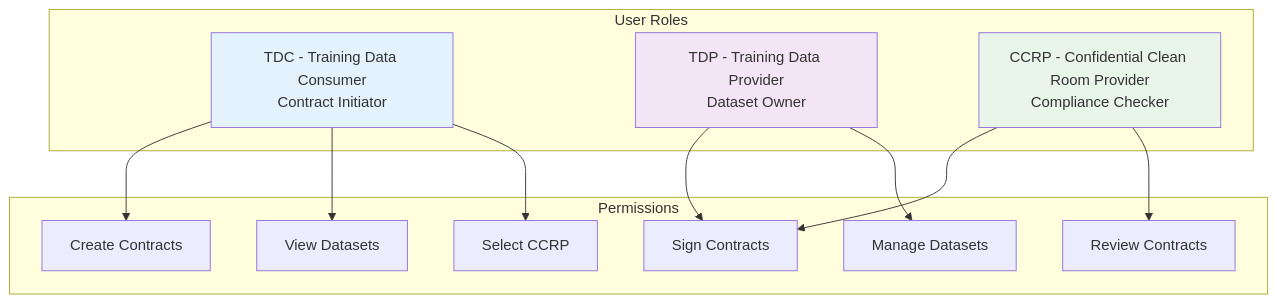
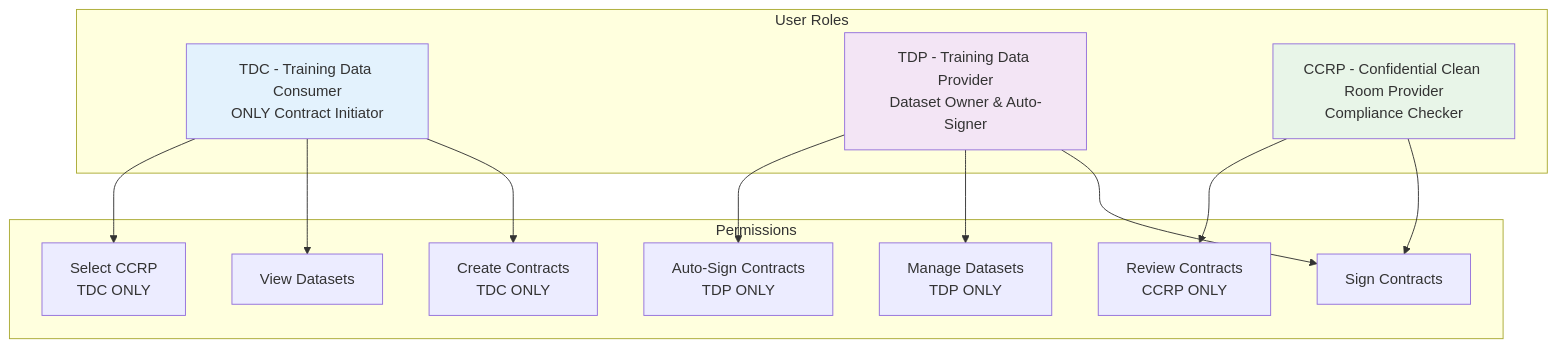
One commit to gitmujoshi/Confidential-AI-Network changed the second of 5 diagrams in USER_GUIDE.md. Above: the diagram before and after it, drawn with Mermaid. The commit also changed other lines of this file and 5 other files, not shown here.

````diff
--- a/USER_GUIDE.md
+++ b/USER_GUIDE.md
@@ -104,29 +103,31 @@
 ```mermaid
 graph TD
     subgraph "User Roles"
-        TDC[TDC - Training Data Consumer<br/>Contract Initiator]
-        TDP[TDP - Training Data Provider<br/>Dataset Owner]
+        TDC[TDC - Training Data Consumer<br/>ONLY Contract Initiator]
+        TDP[TDP - Training Data Provider<br/>Dataset Owner & Auto-Signer]
         CCRP[CCRP - Confidential Clean Room Provider<br/>Compliance Checker]
     end
     
     subgraph "Permissions"
-        P1[Create Contracts]
+        P1[Create Contracts<br/>TDC ONLY]
         P2[Sign Contracts]
         P3[View Datasets]
-        P4[Manage Datasets]
-        P5[Select CCRP]
-        P6[Review Contracts]
+        P4[Manage Datasets<br/>TDP ONLY]
+        P5[Select CCRP<br/>TDC ONLY]
+        P6[Review Contracts<br/>CCRP ONLY]
+        P7[Auto-Sign Contracts<br/>TDP ONLY]
     end
     
     TDC --> P1
     TDC --> P3
     TDC --> P5
     TDP --> P2
     TDP --> P4
+    TDP --> P7
     CCRP --> P2
     CCRP --> P6
     
     style TDC fill:#e3f2fd
     style TDP fill:#f3e5f5
     style CCRP fill:#e8f5e8
 ```
````
